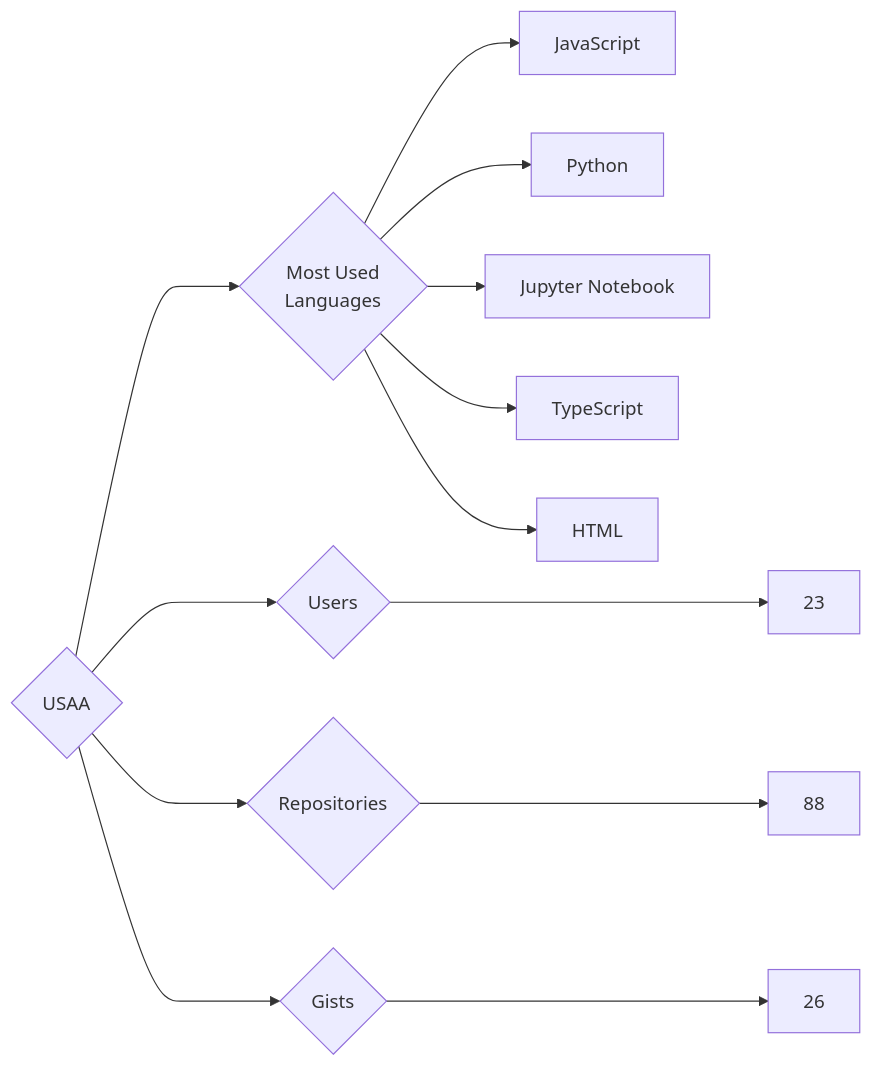
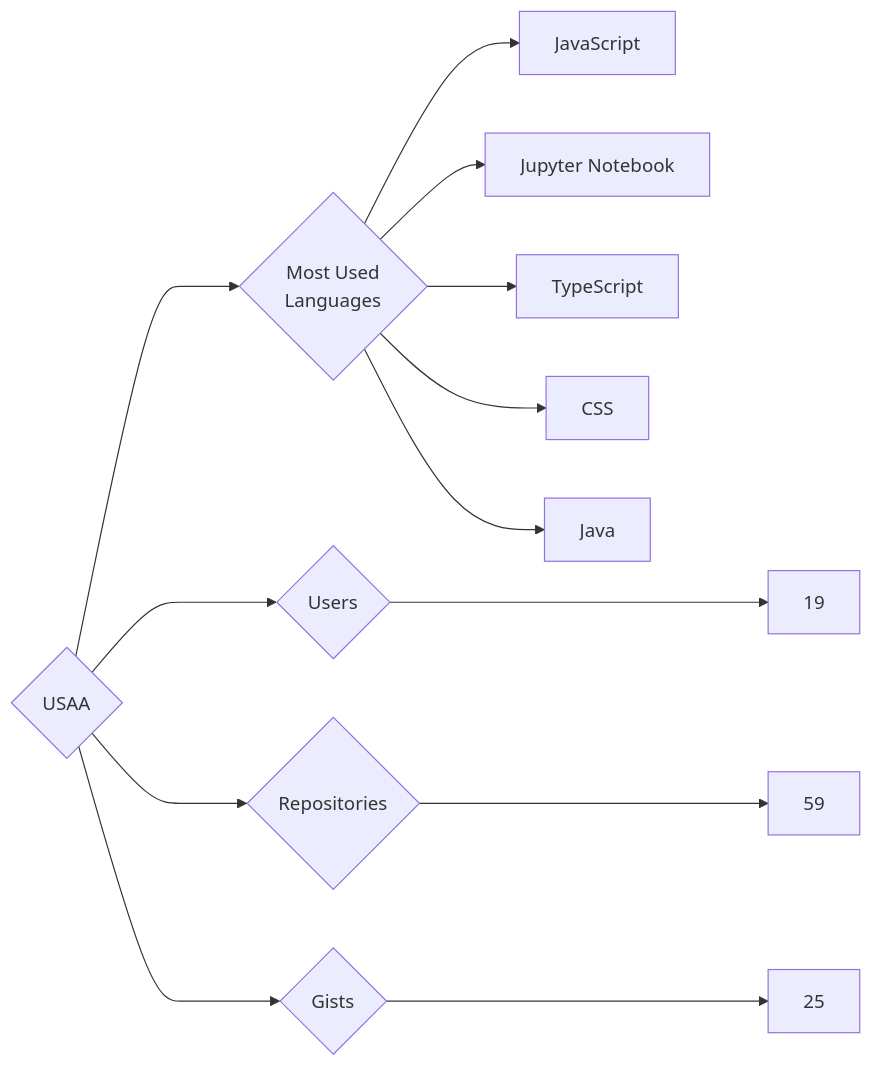
The diagram in targets/USAA/README.md (trickest/insiders), drawn with Mermaid before and after one commit. The commit also changed 939 other files, not shown here.

````diff
--- a/targets/USAA/README.md
+++ b/targets/USAA/README.md
@@ -3,13 +3,13 @@
 ```mermaid
 graph LR
 COMPANY_NAME{USAA}
-COMPANY_NAME ---> U{Users} ---> UN[23]
-COMPANY_NAME ---> R{Repositories} ---> RN[88]
-COMPANY_NAME ---> G{Gists} ---> GN[26]
+COMPANY_NAME ---> U{Users} ---> UN[19]
+COMPANY_NAME ---> R{Repositories} ---> RN[59]
+COMPANY_NAME ---> G{Gists} ---> GN[25]
 COMPANY_NAME ---> ML{Most Used<br>Languages}
 ML --> JavaScript[JavaScript]
-ML --> Python[Python]
 ML --> Jupyter_Notebook[Jupyter Notebook]
 ML --> TypeScript[TypeScript]
-ML --> HTML[HTML]
+ML --> CSS[CSS]
+ML --> Java[Java]
 ```
````
